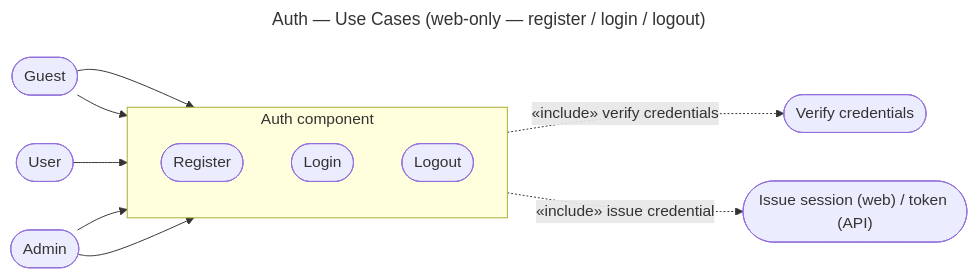
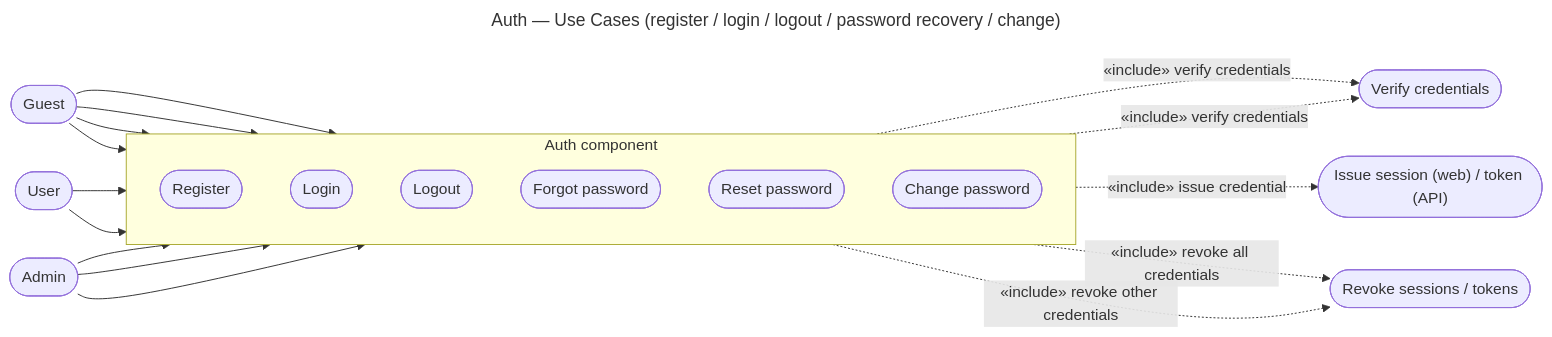
The diagram in auth/base/use-case.md (aristonis/system-design-components), drawn with Mermaid before and after one commit. The commit also changed other lines of this file and 19 other files, not shown here.

First line of the commit message:
docs(auth): add forgot/reset/change-password

````diff
--- a/auth/base/use-case.md
+++ b/auth/base/use-case.md
@@ -5,25 +5,35 @@
 ```mermaid
 ---
-title: Auth — Use Cases (web-only — register / login / logout)
+title: Auth — Use Cases (register / login / logout / password recovery / change)
 ---
 flowchart LR
     Guest(["Guest"])
     User(["User"])
     Admin(["Admin"])
 
     subgraph System["Auth component"]
       direction TB
       UC1(["Register"])
       UC2(["Login"])
       UC3(["Logout"])
+      UC4(["Forgot password"])
+      UC5(["Reset password"])
+      UC6(["Change password"])
     end
 
     Guest --> UC1
     Guest --> UC2
+    Guest --> UC4
+    Guest --> UC5
     User --> UC3
+    User --> UC6
     Admin --> UC2
     Admin --> UC3
+    Admin --> UC6
 
     UC2 -. "«include» verify credentials" .-> V(["Verify credentials"])
     UC2 -. "«include» issue credential" .-> I(["Issue session (web) / token (API)"])
+    UC5 -. "«include» revoke all credentials" .-> R(["Revoke sessions / tokens"])
+    UC6 -. "«include» verify credentials" .-> V
+    UC6 -. "«include» revoke other credentials" .-> R
 ```
````
